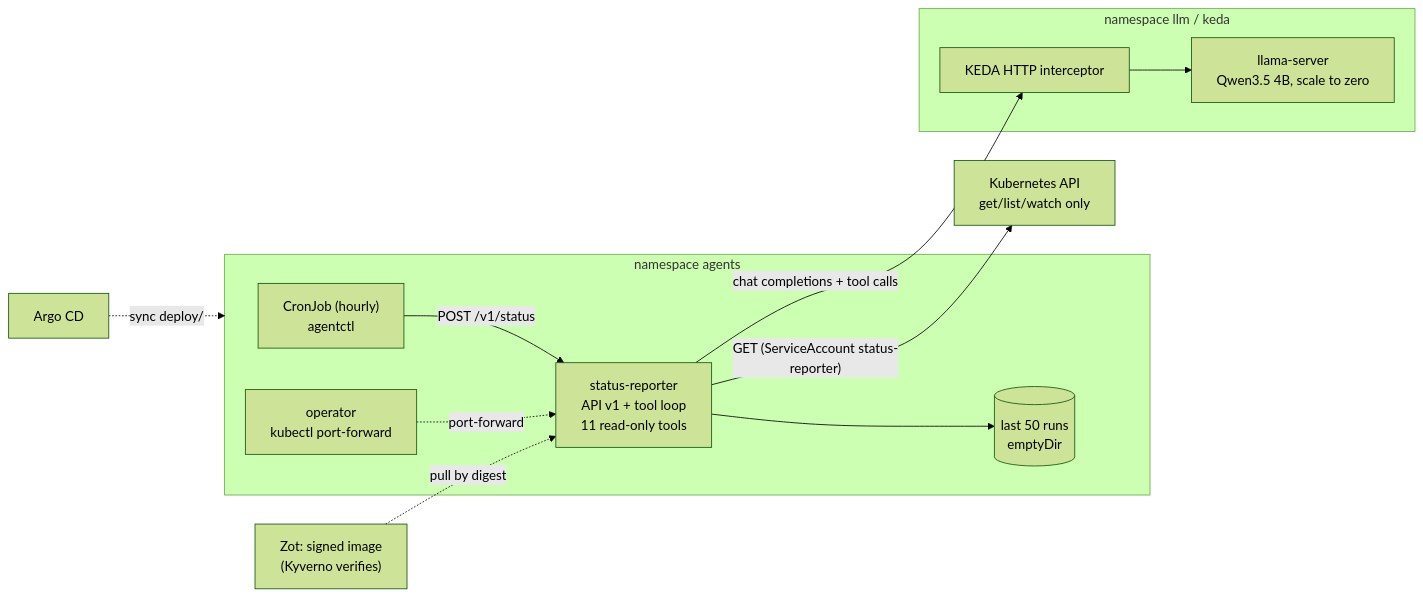
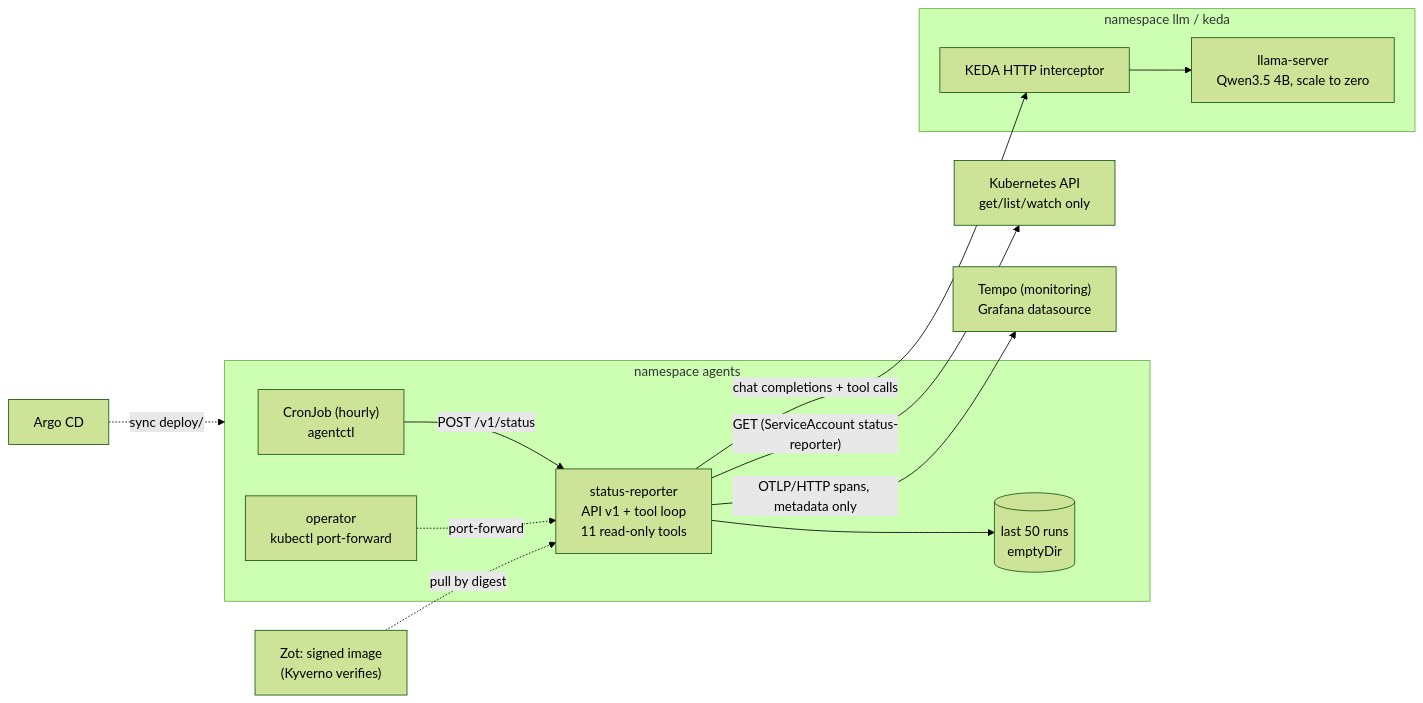
Before and after one commit to JGGHalfhide/local-agents: the diagram in docs/stack.md, drawn with Mermaid (forest theme). The commit also changed other lines of this file and 6 other files, not shown here.

Commit message:
docs: ADR 0008 tracing (OpenTelemetry, Tempo, metadata only), week 4 tracing scan

````diff
--- a/docs/stack.md
+++ b/docs/stack.md
@@ -90,21 +95,22 @@
 ```mermaid
 flowchart LR
   subgraph agents["namespace agents"]
     cron["CronJob (hourly)<br/>agentctl"]
     op["operator<br/>kubectl port-forward"]
     sr["status-reporter<br/>API v1 + tool loop<br/>11 read-only tools"]
     runs[("last 50 runs<br/>emptyDir")]
   end
   subgraph llm["namespace llm / keda"]
     icp["KEDA HTTP interceptor"]
     srv["llama-server<br/>Qwen3.5 4B, scale to zero"]
   end
   api["Kubernetes API<br/>get/list/watch only"]
   cron -- "POST /v1/status" --> sr
   op -. "port-forward" .-> sr
   sr -- "chat completions + tool calls" --> icp --> srv
   sr -- "GET (ServiceAccount status-reporter)" --> api
   sr --> runs
+  sr -- "OTLP/HTTP spans, metadata only" --> tempo["Tempo (monitoring)<br/>Grafana datasource"]
   zot["Zot: signed image<br/>(Kyverno verifies)"] -. "pull by digest" .-> sr
   argo["Argo CD"] -. "sync deploy/" .-> agents
 ```
````
